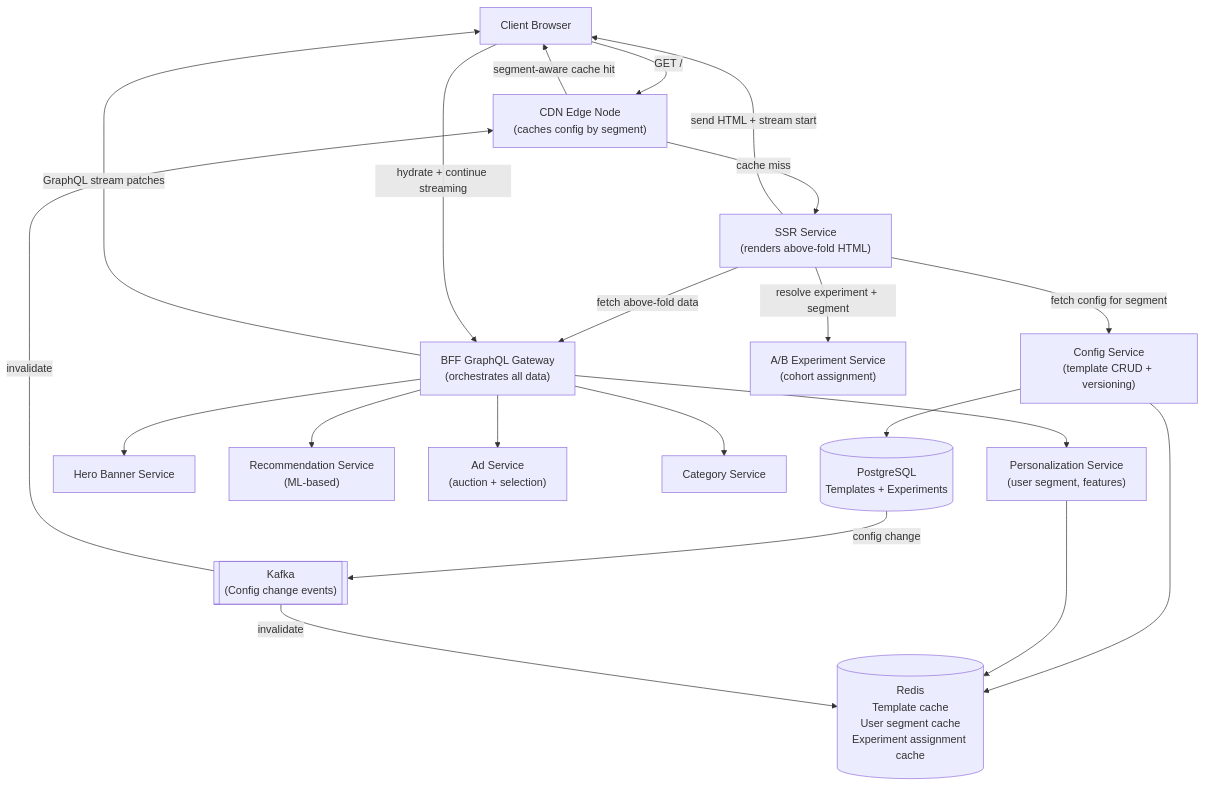
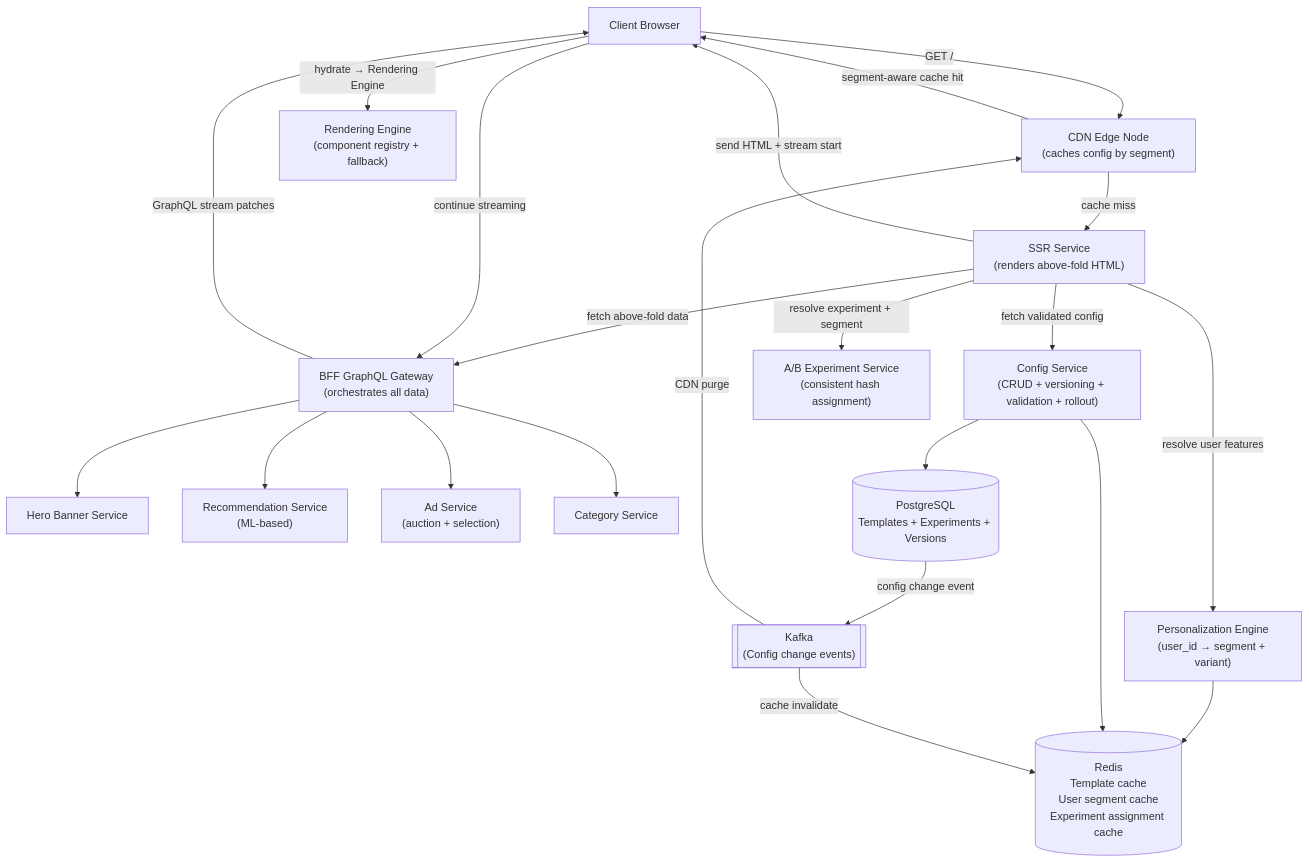
The second of 3 diagrams in system-design/config-driven-shopping-cart-homepage.md (shyamalm88/MechineCoding), drawn with Mermaid before and after one commit. The commit also changed other lines of this file and 1 other file, not shown here.

Commit message:
updated payment gateway, config driven shopping cart

````diff
--- a/system-design/config-driven-shopping-cart-homepage.md
+++ b/system-design/config-driven-shopping-cart-homepage.md
@@ -211,38 +227,40 @@
 ```mermaid
 graph TD
     Client["Client Browser"]
     CDN["CDN Edge Node\n(caches config by segment)"]
     SSR["SSR Service\n(renders above-fold HTML)"]
     BFF["BFF GraphQL Gateway\n(orchestrates all data)"]
-    ConfigSvc["Config Service\n(template CRUD + versioning)"]
-    ExpSvc["A/B Experiment Service\n(cohort assignment)"]
-    PersonSvc["Personalization Service\n(user segment, features)"]
+    ConfigSvc["Config Service\n(CRUD + versioning + validation + rollout)"]
+    ExpSvc["A/B Experiment Service\n(consistent hash assignment)"]
+    PersonSvc["Personalization Engine\n(user_id → segment + variant)"]
+    RenderEngine["Rendering Engine\n(component registry + fallback)"]
     HeroSvc["Hero Banner Service"]
     RecSvc["Recommendation Service\n(ML-based)"]
     AdSvc["Ad Service\n(auction + selection)"]
     CatSvc["Category Service"]
-    ConfigDB[("PostgreSQL\nTemplates + Experiments")]
+    ConfigDB[("PostgreSQL\nTemplates + Experiments + Versions")]
     Redis[("Redis\nTemplate cache\nUser segment cache\nExperiment assignment cache")]
     Kafka[["Kafka\n(Config change events)"]]
 
     Client -->|GET /| CDN
     CDN -->|segment-aware cache hit| Client
     CDN -->|cache miss| SSR
     SSR -->|resolve experiment + segment| ExpSvc
-    SSR -->|fetch config for segment| ConfigSvc
+    SSR -->|resolve user features| PersonSvc
+    PersonSvc --> Redis
+    SSR -->|fetch validated config| ConfigSvc
     ConfigSvc --> Redis
     ConfigSvc --> ConfigDB
     SSR -->|fetch above-fold data| BFF
     BFF --> HeroSvc
-    BFF --> PersonSvc
-    PersonSvc --> Redis
     SSR -->|send HTML + stream start| Client
-    Client -->|hydrate + continue streaming| BFF
+    Client -->|hydrate → Rendering Engine| RenderEngine
+    Client -->|continue streaming| BFF
     BFF --> RecSvc
     BFF --> AdSvc
     BFF --> CatSvc
     BFF -->|GraphQL stream patches| Client
-    ConfigDB -->|config change| Kafka
-    Kafka -->|invalidate| CDN
-    Kafka -->|invalidate| Redis
+    ConfigDB -->|config change event| Kafka
+    Kafka -->|CDN purge| CDN
+    Kafka -->|cache invalidate| Redis
 ```
````
